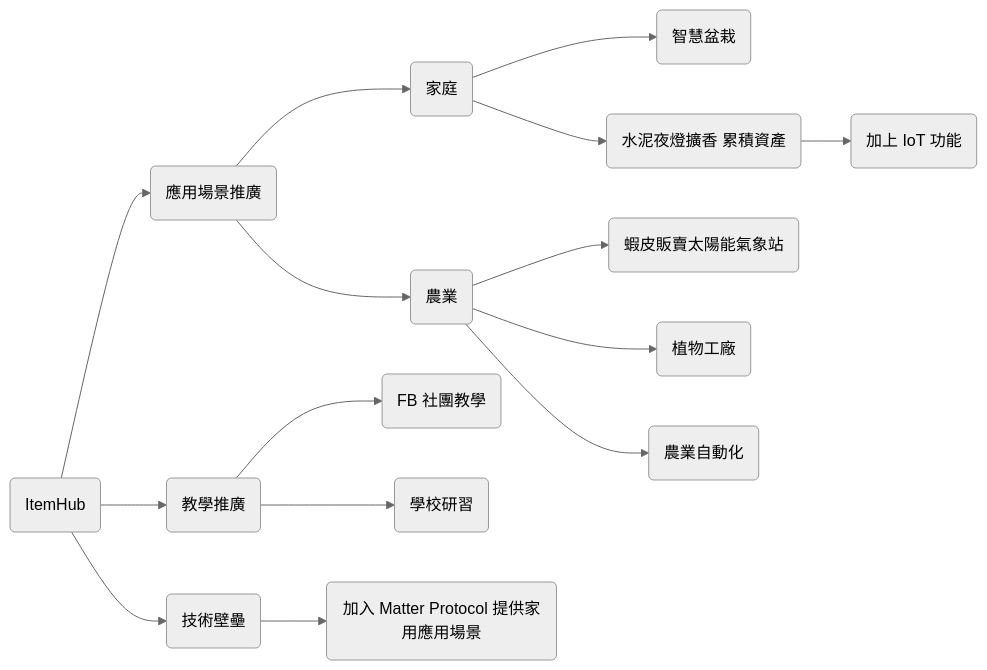
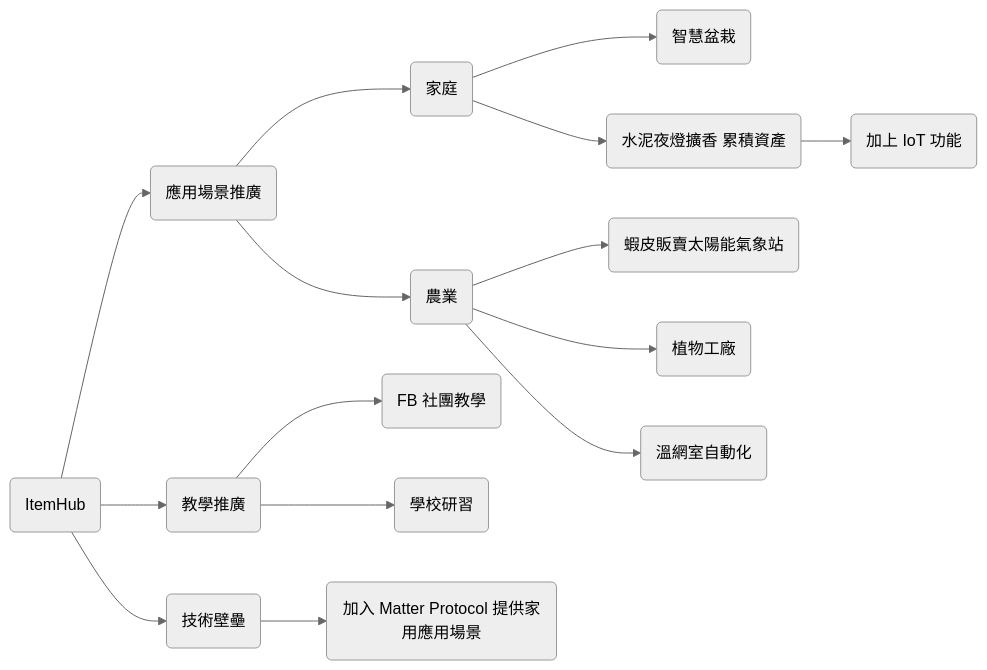
Before and after one commit to miterfrants/itemhub: the diagram in README.md, drawn with Mermaid (neutral theme).

````diff
--- a/README.md
+++ b/README.md
@@ -3,17 +3,17 @@
 ```mermaid
 graph LR
     A(ItemHub) --> B(應用場景推廣)
     B --> C(家庭)
     C --> D(智慧盆栽)
     C --> E(水泥夜燈擴香 累積資產)
     E --> F(加上 IoT 功能)
     B --> G(農業)
     G --> H(蝦皮販賣太陽能氣象站)
     G --> I(植物工廠)
-    G --> J(農業自動化)
+    G --> J(溫網室自動化)
     A --> K(教學推廣)
     K --> L(FB 社團教學)
     K --> M(學校研習)
     A --> N(技術壁壘)
     N --> O(加入 Matter Protocol 提供家用應用場景)
 ```
````
